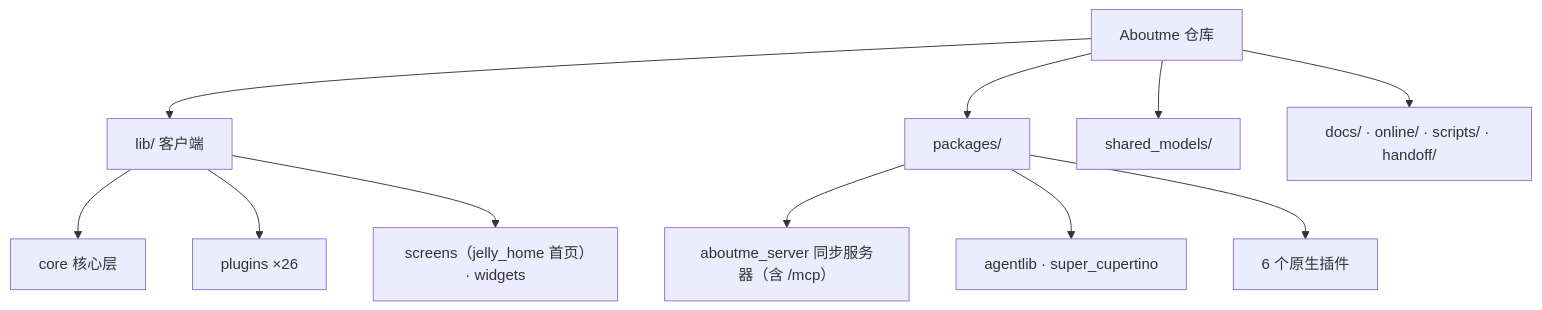
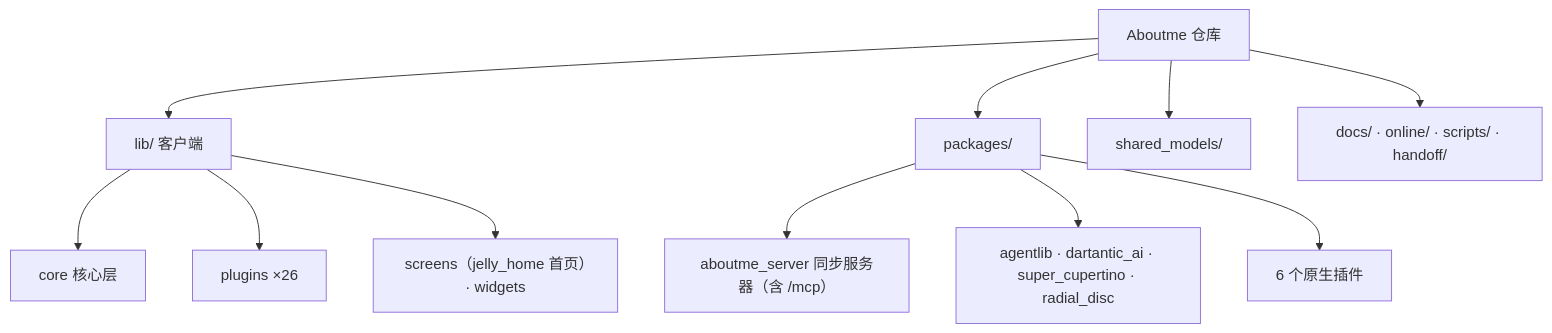
The diagram in CLAUDE.md (hunmer/about-me), drawn with Mermaid before and after one commit. The commit also changed other lines of this file and 73 other files, not shown here.

````diff
--- a/CLAUDE.md
+++ b/CLAUDE.md
@@ -54,13 +57,13 @@
 ```mermaid
 graph TD
     Root["Aboutme 仓库"] --> Lib["lib/ 客户端"]
     Root --> Pkg["packages/"]
     Root --> Shared["shared_models/"]
     Root --> Docs["docs/ · online/ · scripts/ · handoff/"]
     Pkg --> Srv["aboutme_server 同步服务器（含 /mcp）"]
-    Pkg --> Dart["agentlib · super_cupertino"]
+    Pkg --> Dart["agentlib · dartantic_ai · super_cupertino · radial_disc"]
     Pkg --> Native["6 个原生插件"]
     Lib --> Core["core 核心层"]
     Lib --> Plugins["plugins ×26"]
     Lib --> UI["screens（jelly_home 首页）· widgets"]
 ```
````
